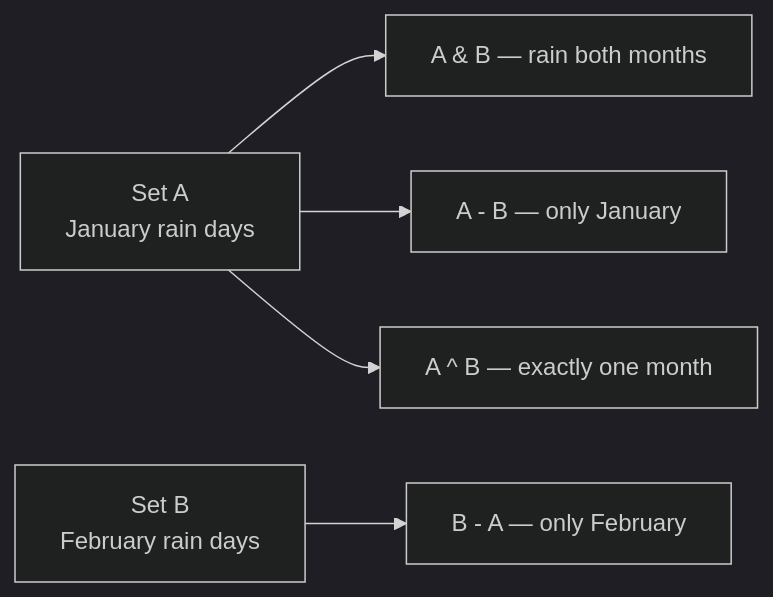
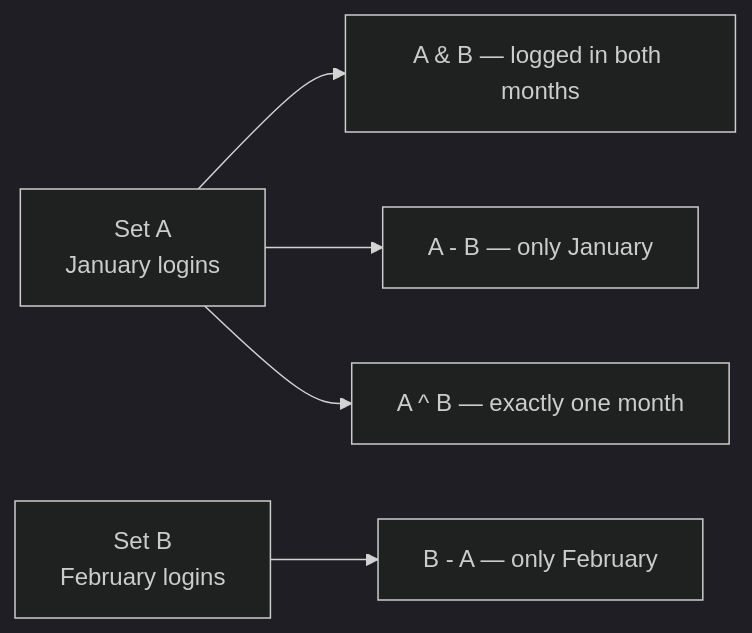
Before and after one commit to qgjones9/python-programming-guide: the third of 4 diagrams in docs/dsa/data-structures/sets/index.md, drawn with Mermaid (dark theme). The commit also changed other lines of this file and 31 other files, not shown here.

````diff
--- a/docs/dsa/data-structures/sets/index.md
+++ b/docs/dsa/data-structures/sets/index.md
@@ -216,9 +216,9 @@
 ```mermaid
 flowchart LR
-  A["Set A<br/>January rain days"]
-  B["Set B<br/>February rain days"]
-  A --> I["A & B — rain both months"]
-  A --> D["A - B — only January"]
-  B --> D2["B - A — only February"]
-  A --> X["A ^ B — exactly one month"]
+ A["Set A<br/>January logins"]
+ B["Set B<br/>February logins"]
+ A --> I["A & B — logged in both months"]
+ A --> D["A - B — only January"]
+ B --> D2["B - A — only February"]
+ A --> X["A ^ B — exactly one month"]
 ```
````
